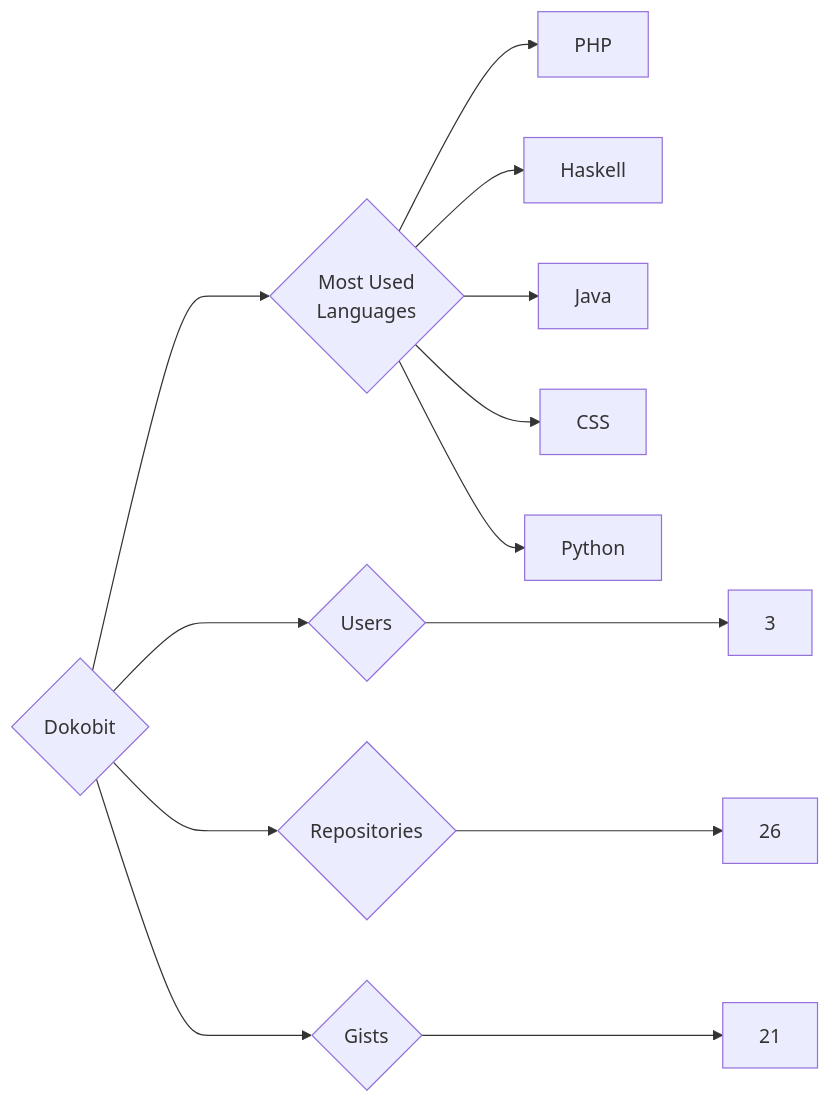
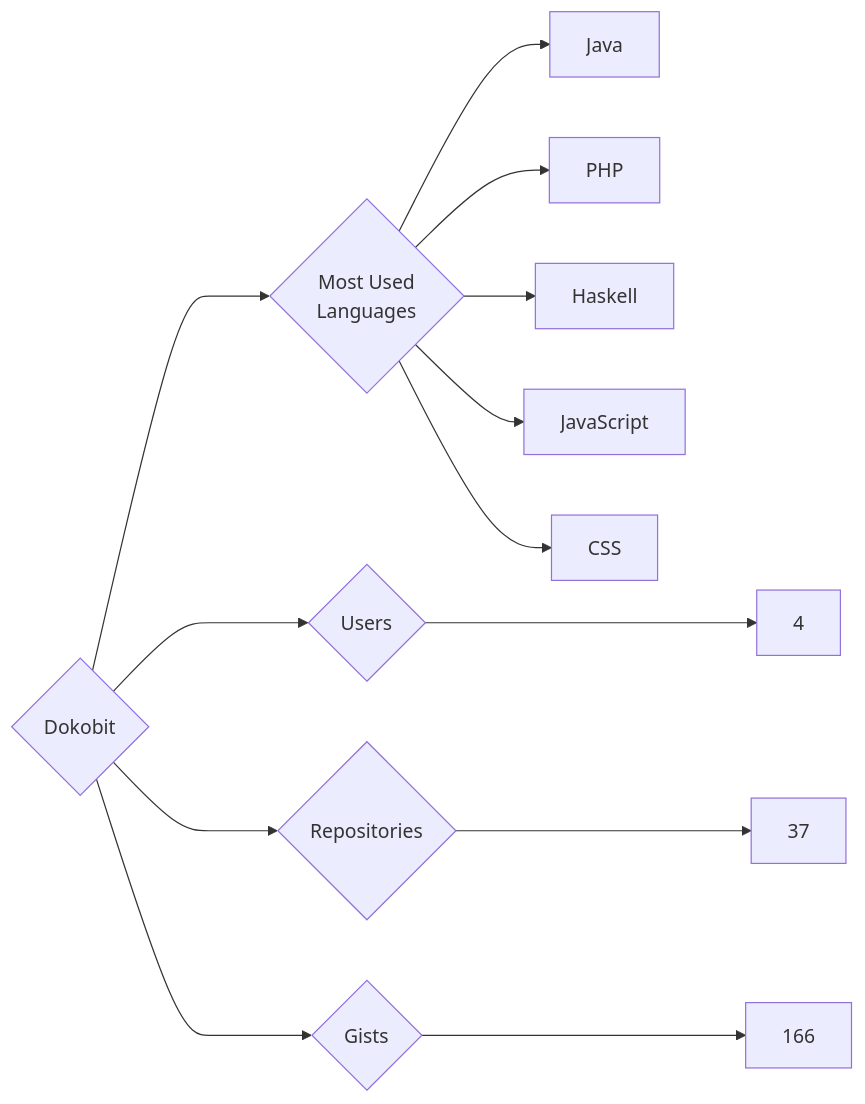
Before and after one commit to trickest/insiders: the diagram in targets/Dokobit/README.md, drawn with Mermaid. The commit also changed 951 other files, not shown here.

````diff
--- a/targets/Dokobit/README.md
+++ b/targets/Dokobit/README.md
@@ -3,13 +3,13 @@
 ```mermaid
 graph LR
 COMPANY_NAME{Dokobit}
-COMPANY_NAME ---> U{Users} ---> UN[3]
-COMPANY_NAME ---> R{Repositories} ---> RN[26]
-COMPANY_NAME ---> G{Gists} ---> GN[21]
+COMPANY_NAME ---> U{Users} ---> UN[4]
+COMPANY_NAME ---> R{Repositories} ---> RN[37]
+COMPANY_NAME ---> G{Gists} ---> GN[166]
 COMPANY_NAME ---> ML{Most Used<br>Languages}
+ML --> Java[Java]
 ML --> PHP[PHP]
 ML --> Haskell[Haskell]
-ML --> Java[Java]
+ML --> JavaScript[JavaScript]
 ML --> CSS[CSS]
-ML --> Python[Python]
 ```
````
